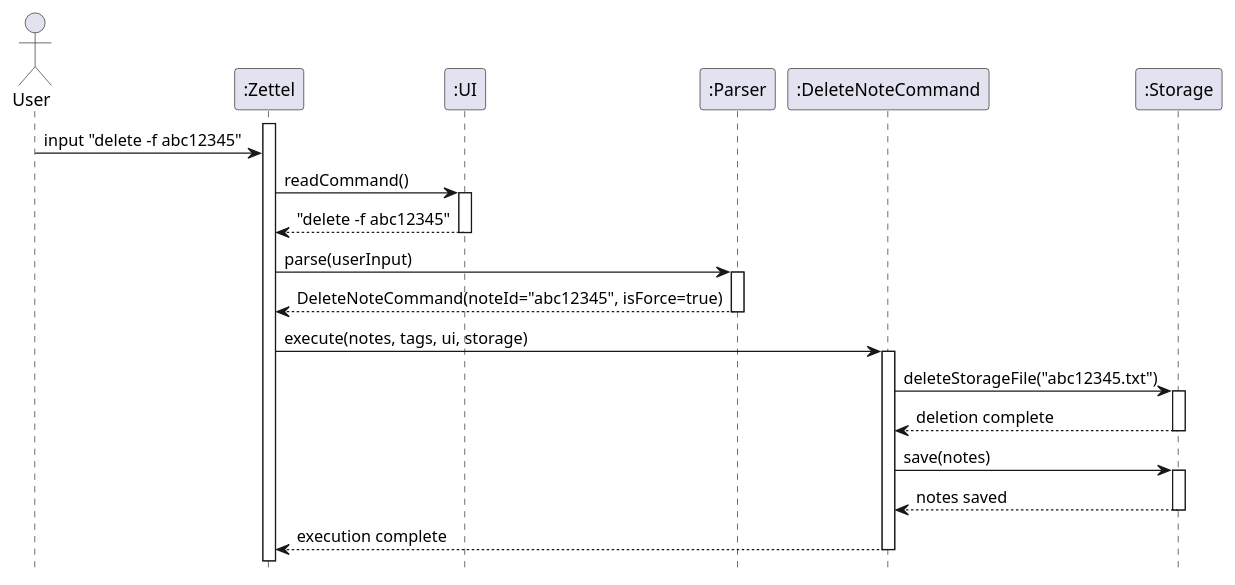
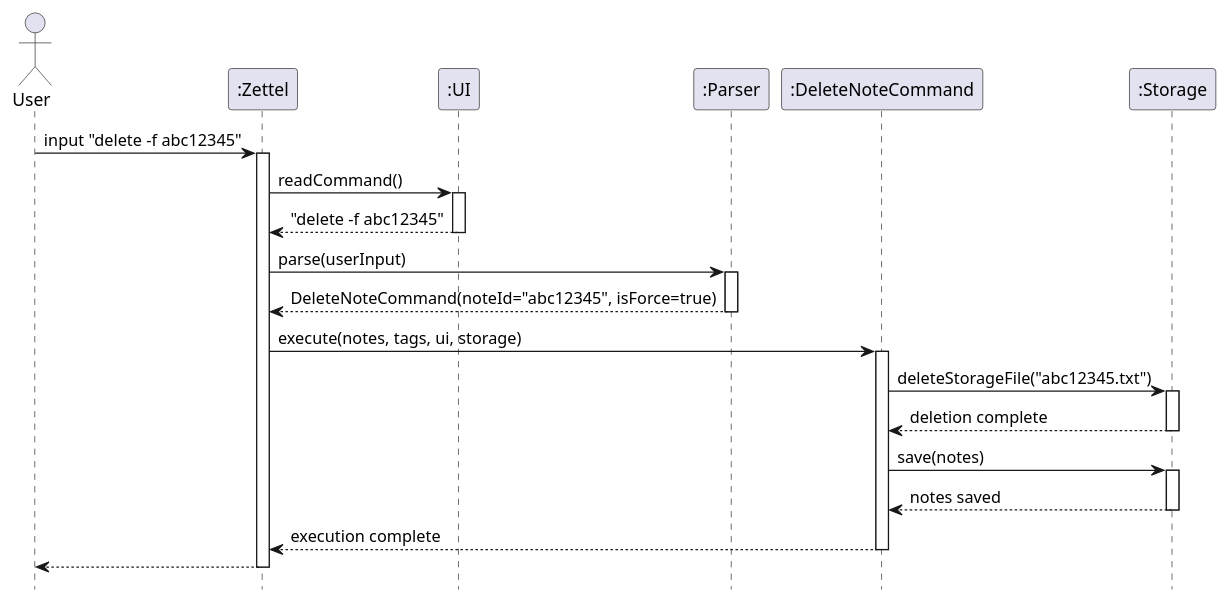
Before and after one commit to shauntsr/tp: the diagram in docs/diagrams/ParserSequence.puml, drawn with PlantUML. The commit also changed 1 other file, not shown here.

Commit message:
Fix ParserSequence.puml and its diagram (#162)

```diff
--- a/docs/diagrams/ParserSequence.puml
+++ b/docs/diagrams/ParserSequence.puml
@@ -1,40 +1,42 @@
 @startuml ParserSequence
 hide footbox
 
 actor User
 participant ":Zettel"
 participant ":UI"
 participant ":Parser"
 participant ":DeleteNoteCommand"
 participant ":Storage"
 
-activate ":Zettel"
 
 User -> ":Zettel": input "delete -f abc12345"
+activate ":Zettel"
 ":Zettel" -> ":UI": readCommand()
 activate ":UI"
 ":UI" --> ":Zettel": "delete -f abc12345"
 deactivate ":UI"
 
 ":Zettel" -> ":Parser": parse(userInput)
 activate ":Parser"
 ":Parser" --> ":Zettel": DeleteNoteCommand(noteId="abc12345", isForce=true)
 deactivate ":Parser"
 
 ":Zettel" -> ":DeleteNoteCommand": execute(notes, tags, ui, storage)
 activate ":DeleteNoteCommand"
 
 ":DeleteNoteCommand" -> ":Storage": deleteStorageFile("abc12345.txt")
 activate ":Storage"
 ":Storage" --> ":DeleteNoteCommand": deletion complete
 deactivate ":Storage"
 
 ":DeleteNoteCommand" -> ":Storage": save(notes)
 activate ":Storage"
 ":Storage" --> ":DeleteNoteCommand": notes saved
 deactivate ":Storage"
 
 ":DeleteNoteCommand" --> ":Zettel": execution complete
 deactivate ":DeleteNoteCommand"
 
+":Zettel" --> "User"
+deactivate ":Zettel"
 @enduml
```
